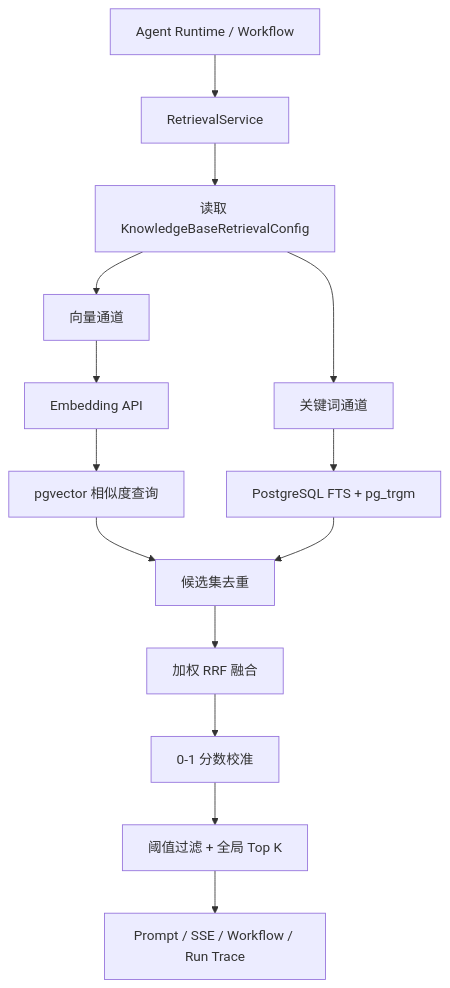
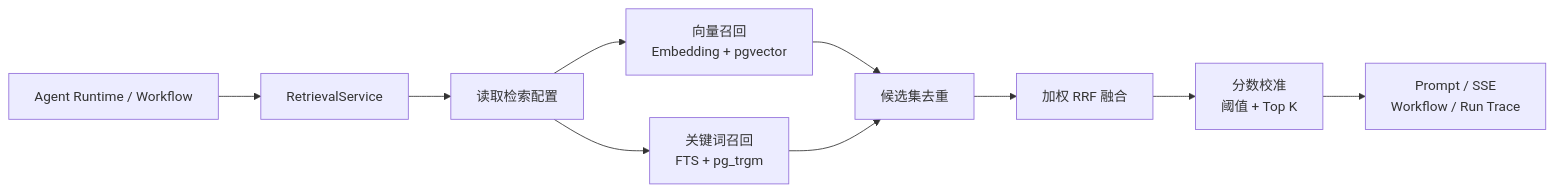
Before and after one commit to mayanmy/mia-agent: the diagram in docs/rag-hybrid-retrieval-technical-design.md, drawn with Mermaid. The commit also changed other lines of this file and 3 other files, not shown here.

````diff
--- a/docs/rag-hybrid-retrieval-technical-design.md
+++ b/docs/rag-hybrid-retrieval-technical-design.md
@@ -55,16 +54,12 @@
 ```mermaid
-flowchart TD
+flowchart LR
     A["Agent Runtime / Workflow"] --> B["RetrievalService"]
-    B --> C["读取 KnowledgeBaseRetrievalConfig"]
-    C --> D["向量通道"]
-    C --> E["关键词通道"]
-    D --> F["Embedding API"]
-    F --> G["pgvector 相似度查询"]
-    E --> H["PostgreSQL FTS + pg_trgm"]
-    G --> I["候选集去重"]
-    H --> I
-    I --> J["加权 RRF 融合"]
-    J --> K["0-1 分数校准"]
-    K --> L["阈值过滤 + 全局 Top K"]
-    L --> M["Prompt / SSE / Workflow / Run Trace"]
+    B --> C["读取检索配置"]
+    C --> D["向量召回<br/>Embedding + pgvector"]
+    C --> E["关键词召回<br/>FTS + pg_trgm"]
+    D --> F["候选集去重"]
+    E --> F
+    F --> G["加权 RRF 融合"]
+    G --> H["分数校准<br/>阈值 + Top K"]
+    H --> I["Prompt / SSE<br/>Workflow / Run Trace"]
 ```
````
